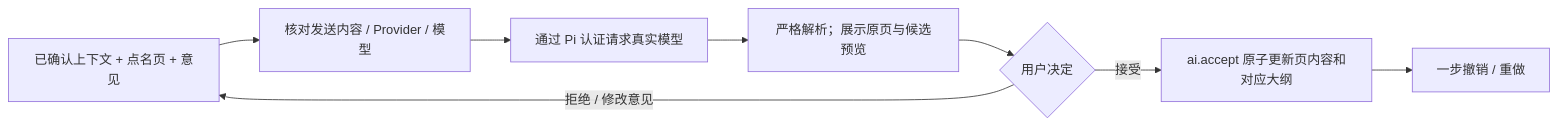
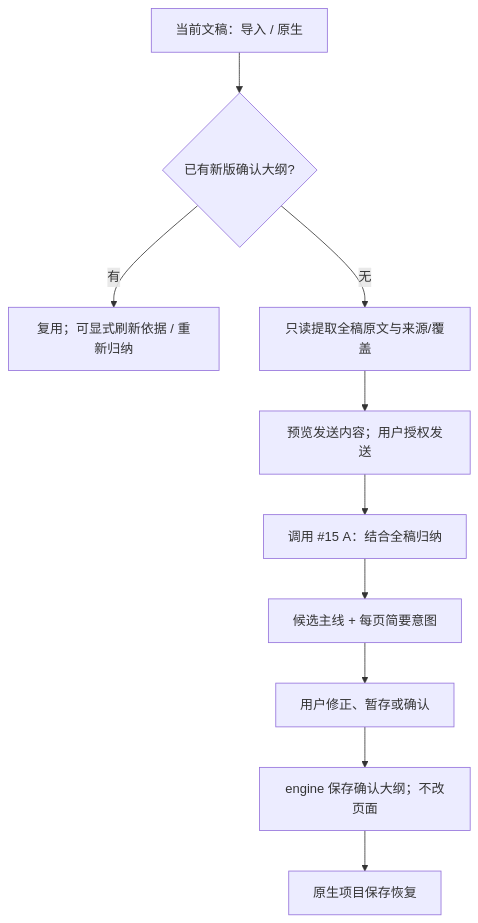
Before and after one commit to hyperlook/deckcraft: the third of 3 diagrams in docs/rfcs/ai-assistant-architecture.md, drawn with Mermaid. The commit also changed other lines of this file and 2 other files, not shown here.

````diff
--- a/docs/rfcs/ai-assistant-architecture.md
+++ b/docs/rfcs/ai-assistant-architecture.md
@@ -117,10 +79,12 @@
 ```mermaid
-flowchart LR
-    C[已确认上下文 + 点名页 + 意见] --> S[核对发送内容 / Provider / 模型]
-    S --> M[通过 Pi 认证请求真实模型]
-    M --> P[严格解析；展示原页与候选预览]
-    P --> A{用户决定}
-    A -->|拒绝 / 修改意见| C
-    A -->|接受| E[ai.accept 原子更新页内容和对应大纲]
-    E --> U[一步撤销 / 重做]
+flowchart TD
+    D[当前文稿：导入 / 原生] --> Q{已有新版确认大纲?}
+    Q -->|有| REUSE[复用；可显式刷新依据 / 重新归纳]
+    Q -->|无| E[只读提取全稿原文与来源/覆盖]
+    E --> S[预览发送内容；用户授权发送]
+    S --> M[调用 #15 A：结合全稿归纳]
+    M --> C[候选主线 + 每页简要意图]
+    C --> U[用户修正、暂存或确认]
+    U --> O[engine 保存确认大纲；不改页面]
+    O --> N[原生项目保存恢复]
 ```
````
